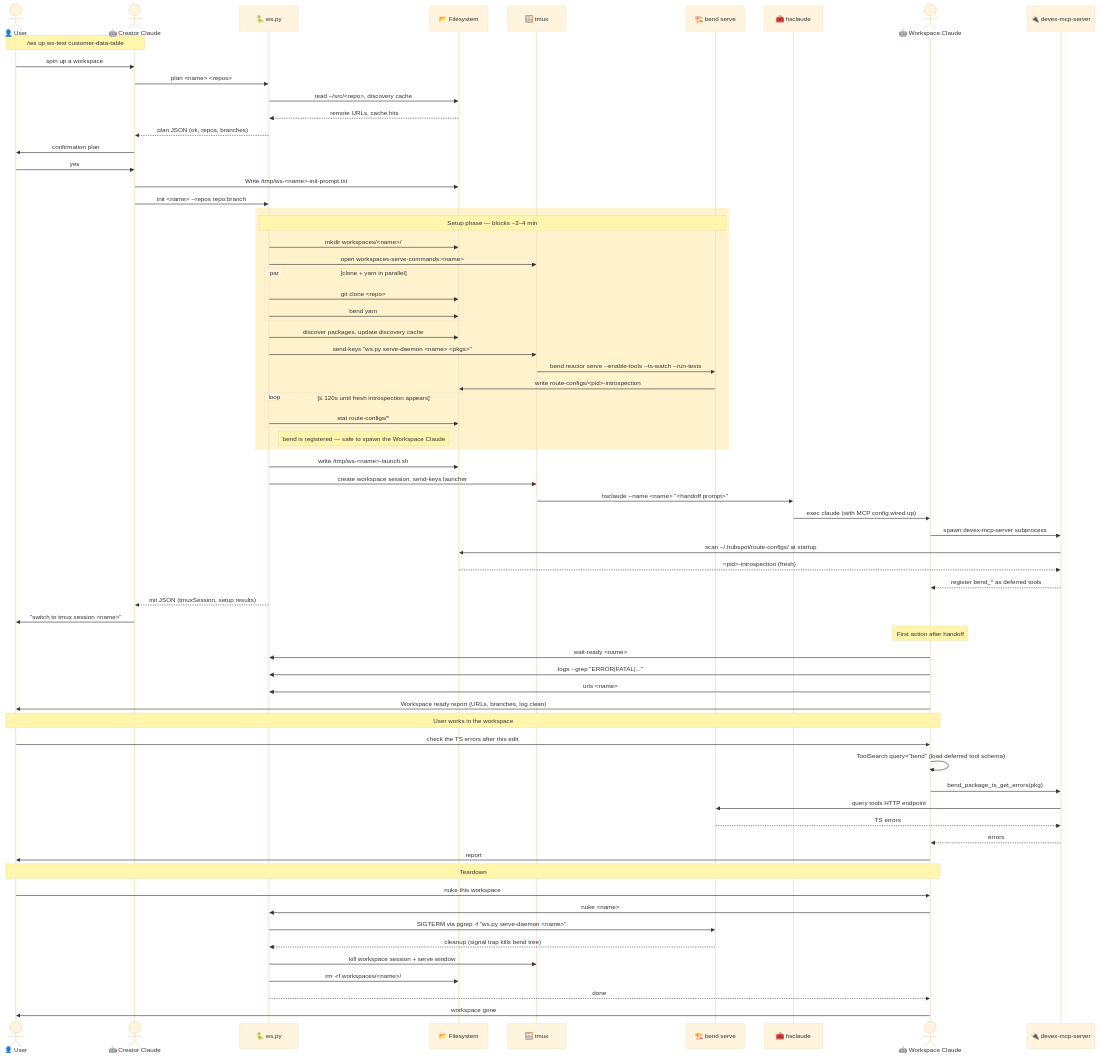
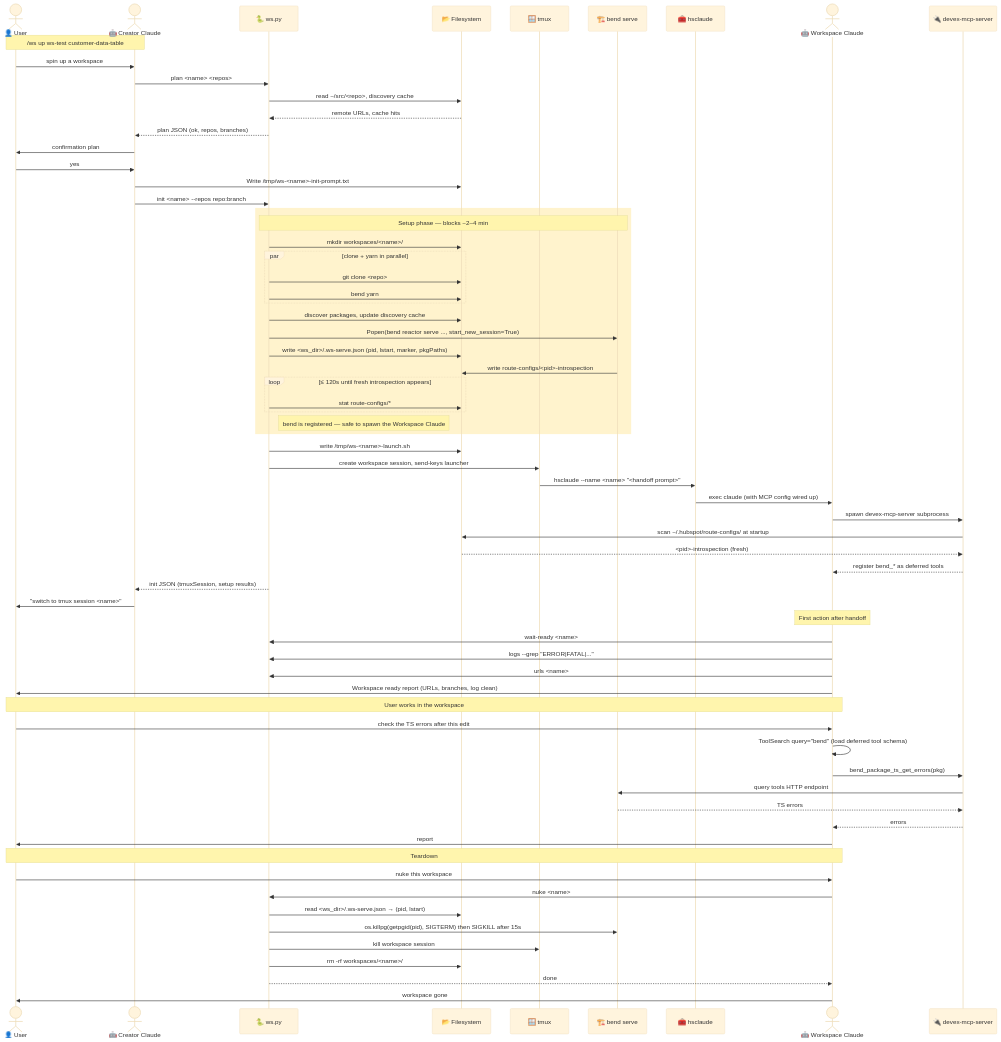
The diagram in .claude/skills/ws/diagrams/sequence-full.mmd (bobrown101/dotfiles), drawn with Mermaid (base theme) before and after one commit. The commit also changed 6 other files, not shown here.

```diff
--- a/.claude/skills/ws/diagrams/sequence-full.mmd
+++ b/.claude/skills/ws/diagrams/sequence-full.mmd
@@ -1,76 +1,75 @@
 sequenceDiagram
     actor User as 👤 User
     actor Creator as 🤖 Creator Claude
     participant WS as 🐍 ws.py
     participant FS as 📂 Filesystem
     participant Tmux as 🪟 tmux
     participant Bend as 🏗️ bend serve
     participant HSC as 🧰 hsclaude
     actor WsC as 🤖 Workspace Claude
     participant MCP as 🔌 devex-mcp-server
 
     Note over User,Creator: /ws up ws-test customer-data-table
     User->>Creator: spin up a workspace
     Creator->>WS: plan <name> <repos>
     WS->>FS: read ~/src/<repo>, discovery cache
     FS-->>WS: remote URLs, cache hits
     WS-->>Creator: plan JSON (ok, repos, branches)
     Creator->>User: confirmation plan
     User->>Creator: yes
 
     Creator->>FS: Write /tmp/ws-<name>-init-prompt.txt
     Creator->>WS: init <name> --repos repo:branch
 
     rect rgb(255, 243, 205)
         Note over WS,Bend: Setup phase — blocks ~2–4 min
         WS->>FS: mkdir workspaces/<name>/
-        WS->>Tmux: open workspaces-serve-commands:<name>
         par clone + yarn in parallel
             WS->>FS: git clone <repo>
             WS->>FS: bend yarn
         end
         WS->>FS: discover packages, update discovery cache
-        WS->>Tmux: send-keys "ws.py serve-daemon <name> <pkgs>"
-        Tmux->>Bend: bend reactor serve --enable-tools --ts-watch --run-tests
+        WS->>Bend: Popen(bend reactor serve ..., start_new_session=True)
+        WS->>FS: write <ws_dir>/.ws-serve.json (pid, lstart, marker, pkgPaths)
         Bend->>FS: write route-configs/<pid>-introspection
         loop ≤ 120s until fresh introspection appears
             WS->>FS: stat route-configs/*
         end
         Note right of WS: bend is registered — safe to spawn the Workspace Claude
     end
 
     WS->>FS: write /tmp/ws-<name>-launch.sh
     WS->>Tmux: create workspace session, send-keys launcher
     Tmux->>HSC: hsclaude --name <name> "<handoff prompt>"
     HSC->>WsC: exec claude (with MCP config wired up)
     WsC->>MCP: spawn devex-mcp-server subprocess
     MCP->>FS: scan ~/.hubspot/route-configs/ at startup
     FS-->>MCP: <pid>-introspection (fresh)
     MCP-->>WsC: register bend_* as deferred tools
     WS-->>Creator: init JSON (tmuxSession, setup results)
     Creator->>User: "switch to tmux session <name>"
 
     Note over WsC: First action after handoff
     WsC->>WS: wait-ready <name>
     WsC->>WS: logs --grep "ERROR|FATAL|..."
     WsC->>WS: urls <name>
     WsC->>User: Workspace ready report (URLs, branches, log clean)
 
     Note over User,WsC: User works in the workspace
     User->>WsC: check the TS errors after this edit
     WsC->>WsC: ToolSearch query="bend" (load deferred tool schema)
     WsC->>MCP: bend_package_ts_get_errors(pkg)
     MCP->>Bend: query tools HTTP endpoint
     Bend-->>MCP: TS errors
     MCP-->>WsC: errors
     WsC->>User: report
 
     Note over User,WsC: Teardown
     User->>WsC: nuke this workspace
     WsC->>WS: nuke <name>
-    WS->>Bend: SIGTERM via pgrep -f "ws.py serve-daemon <name>"
-    Bend-->>WS: cleanup (signal trap kills bend tree)
-    WS->>Tmux: kill workspace session + serve window
+    WS->>FS: read <ws_dir>/.ws-serve.json → (pid, lstart)
+    WS->>Bend: os.killpg(getpgid(pid), SIGTERM) then SIGKILL after 15s
+    WS->>Tmux: kill workspace session
     WS->>FS: rm -rf workspaces/<name>/
     WS-->>WsC: done
     WsC->>User: workspace gone
```
